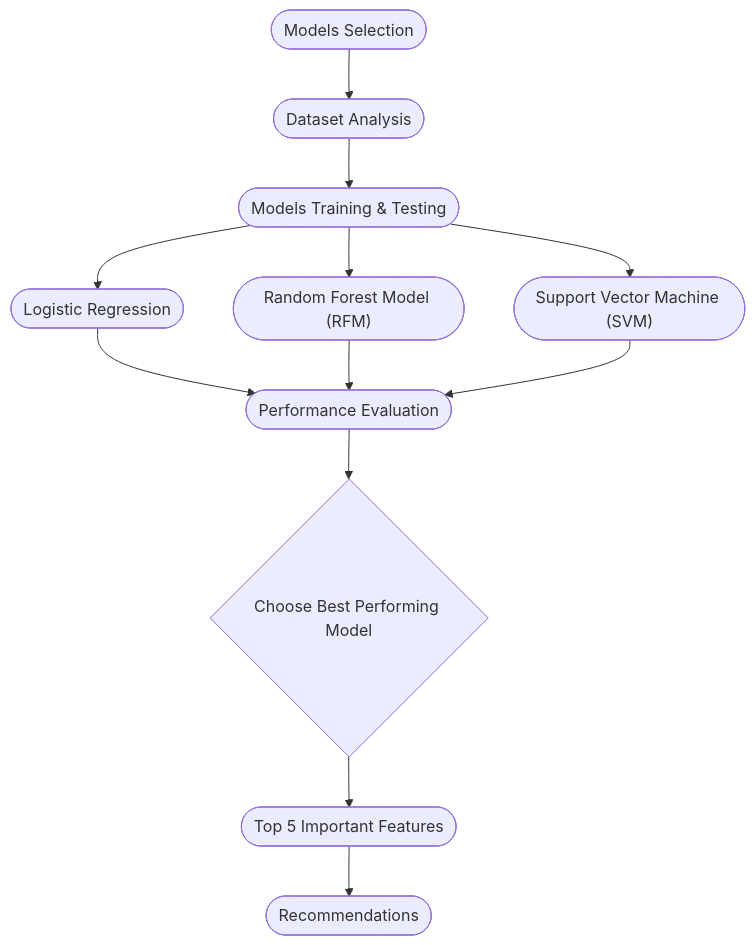
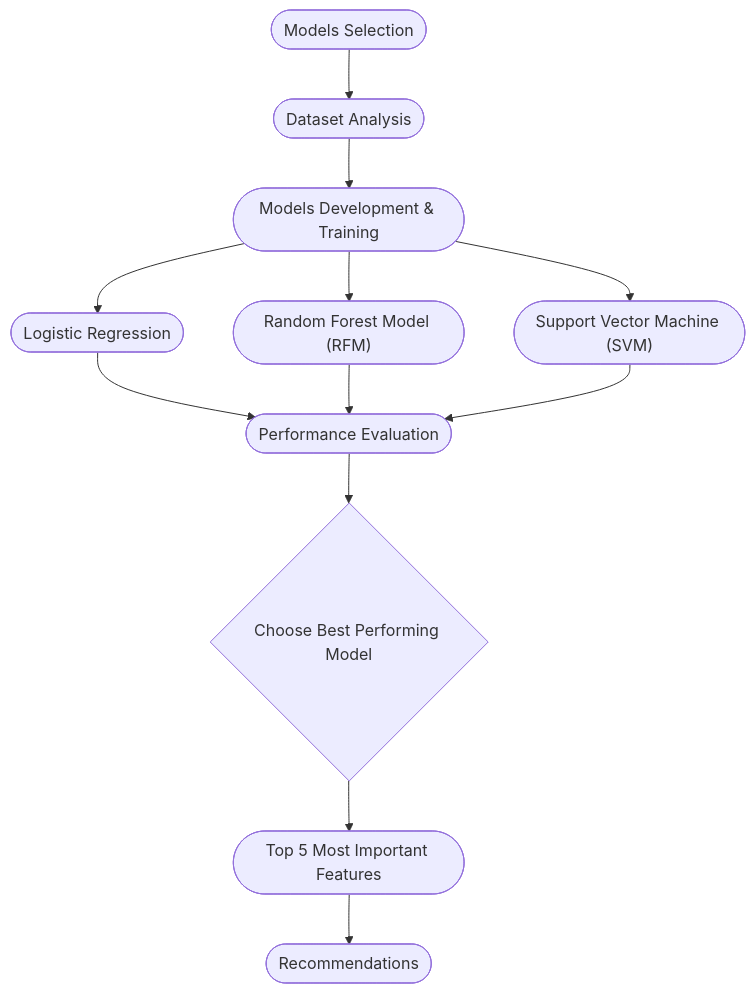
One commit to omaralfaqih6/breast_cancer_wisconsin changed the diagram in README.md. Above: the diagram before and after it, drawn with Mermaid. The commit also changed other lines of this file, not shown here.

Commit message:
Modifying Python Notebook 5.

````diff
--- a/README.md
+++ b/README.md
@@ -57,21 +57,21 @@
 ```mermaid
 graph TD;
     A(["Models Selection"]);
     B(["Dataset Analysis"]);
-    C(["Models Training & Testing"]);
+    C(["Models Development & Training"]);
     D(["Logistic Regression"]);
     E(["Random Forest Model (RFM)"]);
     F(["Support Vector Machine (SVM)"]);
     G(["Performance Evaluation"]);
     A-->B;
     B-->C;
     C-->D;
     C-->E;
     C-->F;
     D-->G;    
     E-->G;
     F-->G;
     G-->H{"Choose Best Performing Model"};
-    H-->I(["Top 5 Important Features"]);
+    H-->I(["Top 5 Most Important Features"]);
     I-->J(["Recommendations"]);
 ```
````
